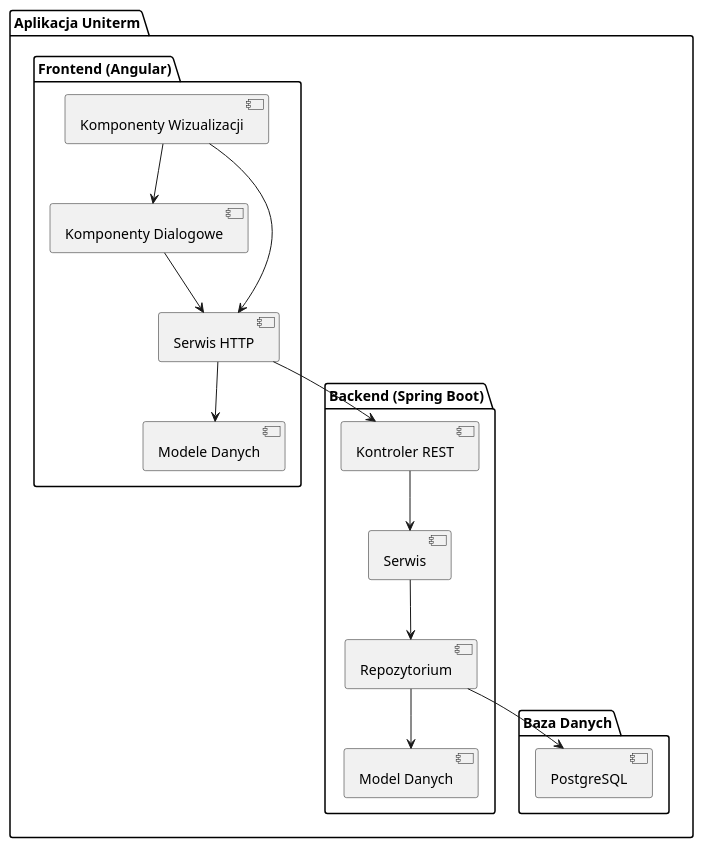
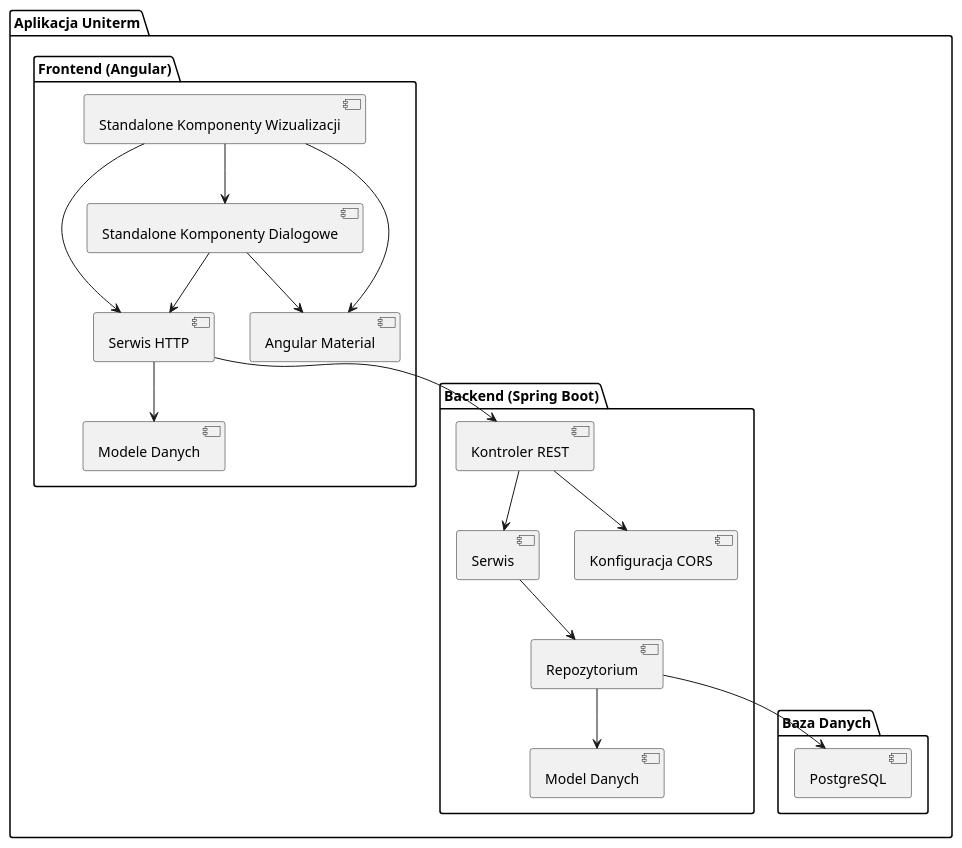
The diagram in documentation/diagrams/layers/diagram.wsd (miluski/Uniterm), drawn with PlantUML before and after one commit. The commit also changed 25 other files, not shown here.

```diff
--- a/documentation/diagrams/layers/diagram.wsd
+++ b/documentation/diagrams/layers/diagram.wsd
@@ -1,31 +1,36 @@
 @startuml
 package "Aplikacja Uniterm" {
   package "Frontend (Angular)" {
-    [Komponenty Wizualizacji] as FE_Visualization
-    [Komponenty Dialogowe] as FE_Dialog
+    [Standalone Komponenty Wizualizacji] as FE_Visualization
+    [Standalone Komponenty Dialogowe] as FE_Dialog
     [Serwis HTTP] as FE_Service
     [Modele Danych] as FE_Models
+    [Angular Material] as FE_Material
   }
   
   package "Backend (Spring Boot)" {
     [Kontroler REST] as BE_Controller
     [Serwis] as BE_Service
     [Repozytorium] as BE_Repository
     [Model Danych] as BE_Domain
+    [Konfiguracja CORS] as BE_Config
   }
   
   package "Baza Danych" {
     [PostgreSQL] as DB
   }
-  
+   
   FE_Visualization --> FE_Dialog
   FE_Visualization --> FE_Service
+  FE_Visualization --> FE_Material
   FE_Dialog --> FE_Service
+  FE_Dialog --> FE_Material
   FE_Service --> FE_Models
   FE_Service --> BE_Controller
   BE_Controller --> BE_Service
+  BE_Controller --> BE_Config
   BE_Service --> BE_Repository
   BE_Repository --> BE_Domain
   BE_Repository --> DB
 }
-@enduml
+@enduml 
```
